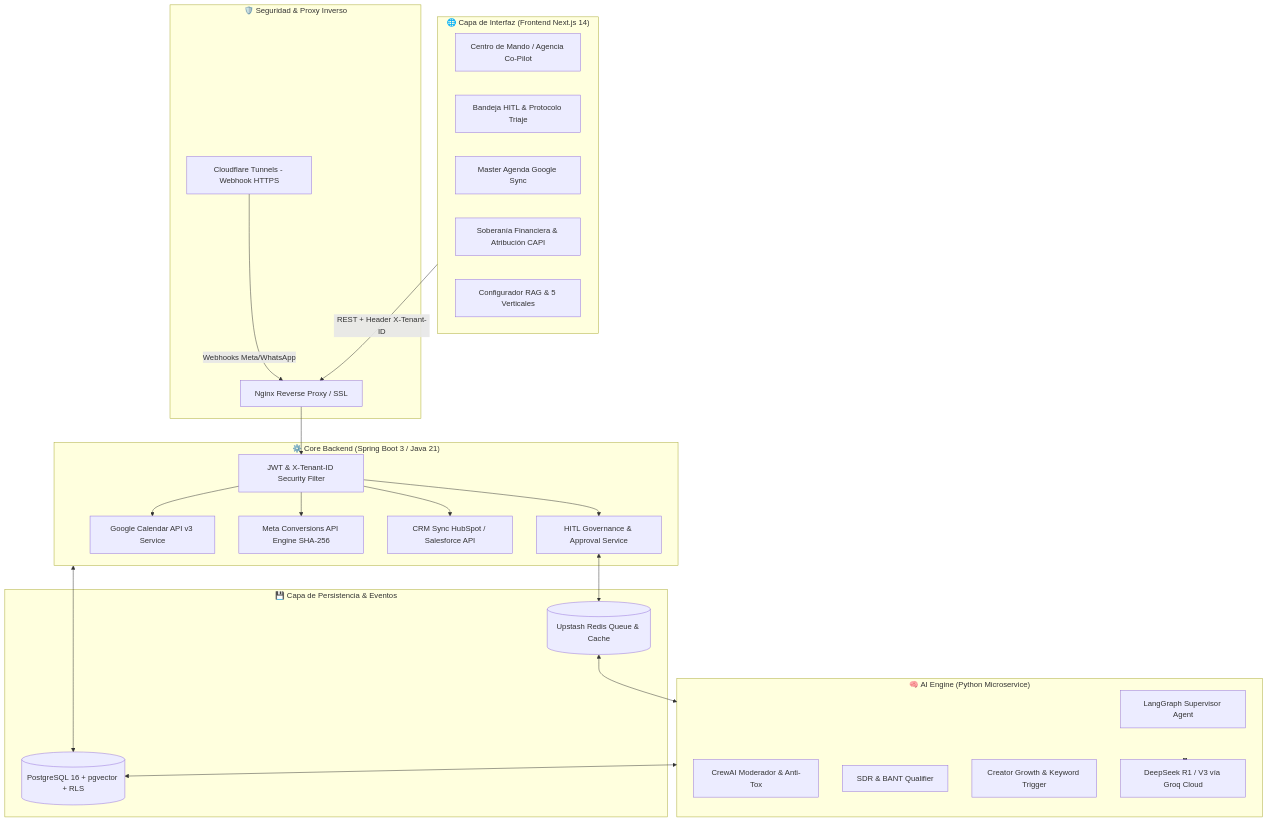
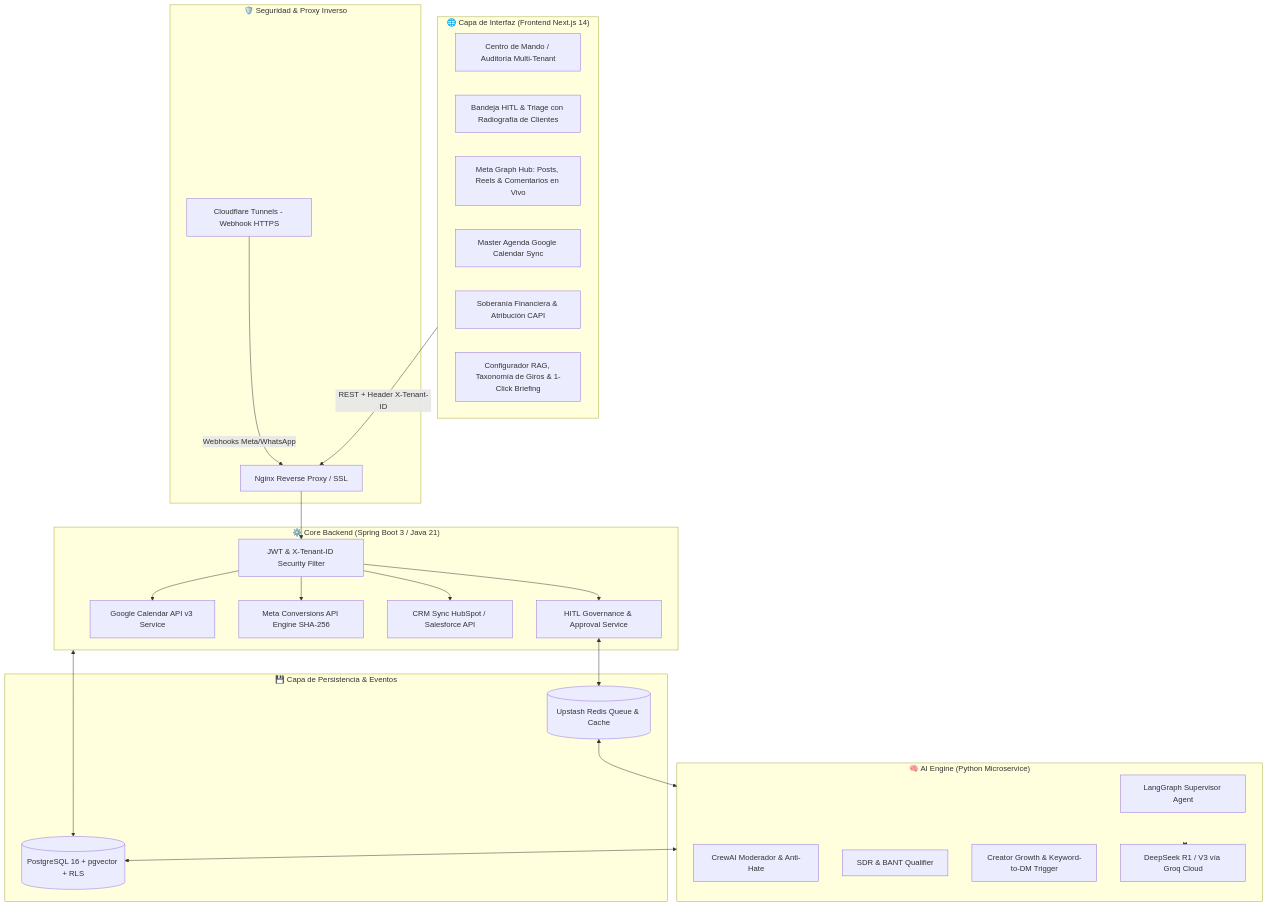
One commit to VectorInside/Vector-Community changed the first of 2 diagrams in docs/SDD_SYSTEM_DESIGN_DOCUMENT.md. Above: the diagram before and after it, drawn with Mermaid. The commit also changed other lines of this file and 25 other files, not shown here.

````diff
--- a/docs/SDD_SYSTEM_DESIGN_DOCUMENT.md
+++ b/docs/SDD_SYSTEM_DESIGN_DOCUMENT.md
@@ -16,50 +17,51 @@
 ```mermaid
 graph TD
     subgraph ClientTier["🌐 Capa de Interfaz (Frontend Next.js 14)"]
-        UI_ADM[Centro de Mando / Agencia Co-Pilot]
-        UI_HITL[Bandeja HITL & Protocolo Triaje]
-        UI_AGENDA[Master Agenda Google Sync]
+        UI_ADM[Centro de Mando / Auditoría Multi-Tenant]
+        UI_HITL[Bandeja HITL & Triage con Radiografía de Clientes]
+        UI_META[Meta Graph Hub: Posts, Reels & Comentarios en Vivo]
+        UI_AGENDA[Master Agenda Google Calendar Sync]
         UI_PERF[Soberanía Financiera & Atribución CAPI]
-        UI_SUBBOTS[Configurador RAG & 5 Verticales]
+        UI_RAG[Configurador RAG, Taxonomía de Giros & 1-Click Briefing]
     end
 
     subgraph ApiGateway["🛡️ Seguridad & Proxy Inverso"]
         NGINX[Nginx Reverse Proxy / SSL]
         CFTUNNEL[Cloudflare Tunnels - Webhook HTTPS]
     end
 
     subgraph CoreBackend["⚙️ Core Backend (Spring Boot 3 / Java 21)"]
         AUTH_FILTER[JWT & X-Tenant-ID Security Filter]
         HITL_SERVICE[HITL Governance & Approval Service]
         CALENDAR_SERVICE[Google Calendar API v3 Service]
         CAPI_SERVICE[Meta Conversions API Engine SHA-256]
         CRM_SERVICE[CRM Sync HubSpot / Salesforce API]
     end
 
     subgraph AIWorker["🧠 AI Engine (Python Microservice)"]
         SUPERVISOR[LangGraph Supervisor Agent]
-        SUB_MOD[CrewAI Moderador & Anti-Tox]
+        SUB_MOD[CrewAI Moderador & Anti-Hate]
         SUB_SDR[SDR & BANT Qualifier]
-        SUB_GROWTH[Creator Growth & Keyword Trigger]
+        SUB_GROWTH[Creator Growth & Keyword-to-DM Trigger]
         DEEPSEEK[DeepSeek R1 / V3 vía Groq Cloud]
     end
 
     subgraph DataStorage["💾 Capa de Persistencia & Eventos"]
         SUPABASE[(PostgreSQL 16 + pgvector + RLS)]
         REDIS[(Upstash Redis Queue & Cache)]
     end
 
     ClientTier -->|REST + Header X-Tenant-ID| NGINX
     CFTUNNEL -->|Webhooks Meta/WhatsApp| NGINX
     NGINX --> AUTH_FILTER
     AUTH_FILTER --> HITL_SERVICE
     AUTH_FILTER --> CALENDAR_SERVICE
     AUTH_FILTER --> CAPI_SERVICE
     AUTH_FILTER --> CRM_SERVICE
 
     HITL_SERVICE <--> REDIS
     REDIS <--> AIWorker
     AIWorker <--> DEEPSEEK
     CoreBackend <--> SUPABASE
     AIWorker <--> SUPABASE
 ```
````
